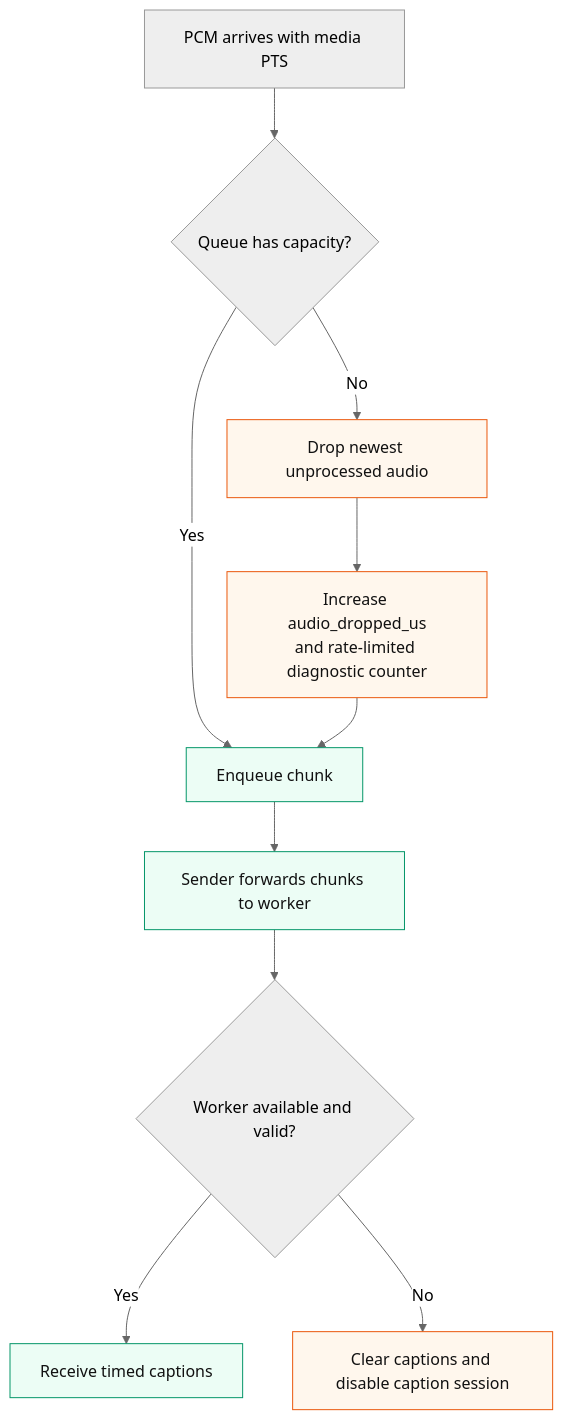
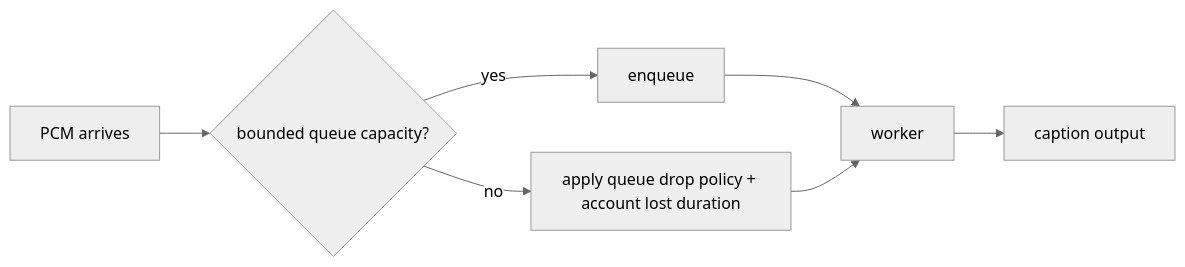
The fourth of 4 diagrams in docs/diagrams.md (rzv04/vlc-whisper), drawn with Mermaid (neutral theme) before and after one commit. The commit also changed other lines of this file and 12 other files, not shown here.

````diff
--- a/docs/diagrams.md
+++ b/docs/diagrams.md
@@ -106,17 +60,9 @@
 ```mermaid
-flowchart TD
-    IN[PCM arrives with media PTS] --> SPACE{Queue has capacity?}
-    SPACE -->|Yes| ENQ[Enqueue chunk]
-    SPACE -->|No| DROP[Drop newest unprocessed audio]
-    DROP --> COUNT[Increase audio_dropped_us\nand rate-limited diagnostic counter]
-    COUNT --> ENQ
-    ENQ --> SEND[Sender forwards chunks to worker]
-    SEND --> HEALTH{Worker available and valid?}
-    HEALTH -->|Yes| CAP[Receive timed captions]
-    HEALTH -->|No| DISABLE[Clear captions and disable caption session]
-
-    classDef safe fill:#ecfdf5,stroke:#059669,color:#111;
-    classDef warn fill:#fff7ed,stroke:#ea580c,color:#111;
-    class ENQ,SEND,CAP safe;
-    class DROP,COUNT,DISABLE warn;
+flowchart LR
+    PCM[PCM arrives] --> Q{bounded queue capacity?}
+    Q -->|yes| KEEP[enqueue]
+    Q -->|no| DROP[apply queue drop policy + account lost duration]
+    KEEP --> SEND[worker]
+    DROP --> SEND
+    SEND --> CAP[caption output]
 ```
````
